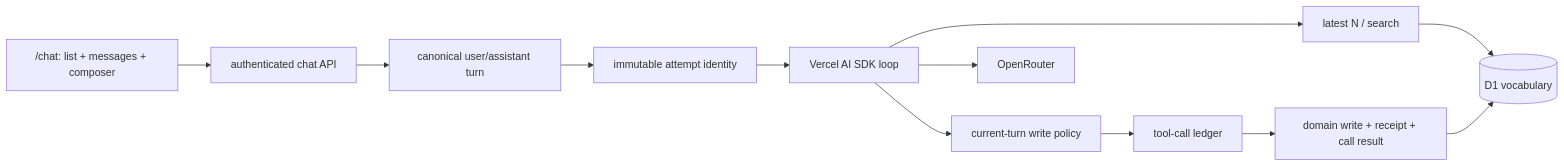
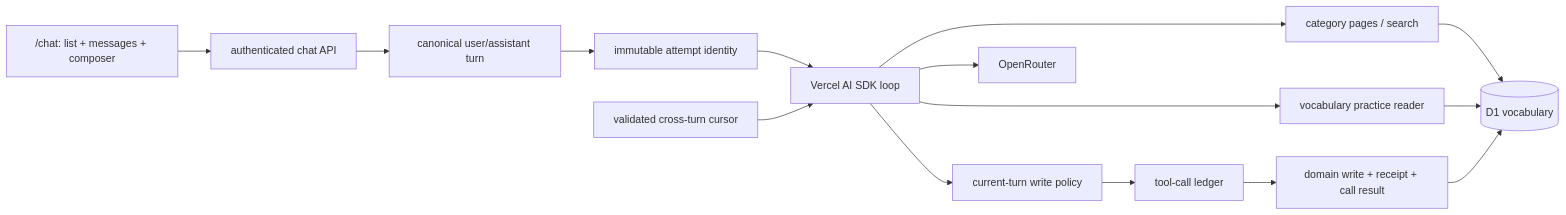
One commit to koreyba/ListenToLearn changed the diagram in docs/ai/design/2026-08-29-feature-ai-vocabulary-practice-chat.md. Above: the diagram before and after it, drawn with Mermaid. The commit also changed other lines of this file and 63 other files, not shown here.

````diff
--- a/docs/ai/design/2026-08-29-feature-ai-vocabulary-practice-chat.md
+++ b/docs/ai/design/2026-08-29-feature-ai-vocabulary-practice-chat.md
@@ -15,14 +15,17 @@
 ```mermaid
 flowchart LR
   UI["/chat: list + messages + composer"] --> API["authenticated chat API"]
   API --> Turn["canonical user/assistant turn"]
   Turn --> Attempt["immutable attempt identity"]
   Attempt --> SDK["Vercel AI SDK loop"]
-  SDK --> Read["latest N / search"]
+  SDK --> Read["category pages / search"]
+  Continuation["validated cross-turn cursor"] --> SDK
+  SDK --> Context["vocabulary practice reader"]
   SDK --> Guard["current-turn write policy"]
   Read --> Vocabulary[(D1 vocabulary)]
+  Context --> Vocabulary
   Guard --> Ledger["tool-call ledger"]
   Ledger --> Batch["domain write + receipt + call result"]
   Batch --> Vocabulary
   SDK --> OpenRouter
 ```
````
